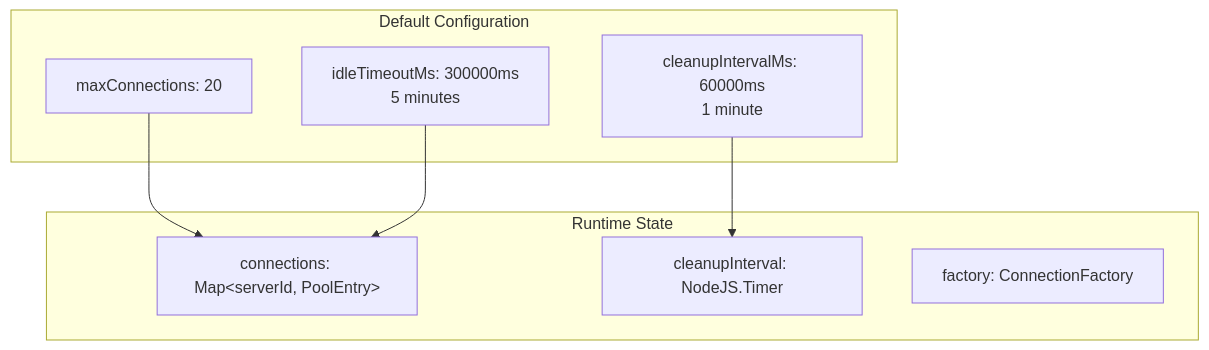
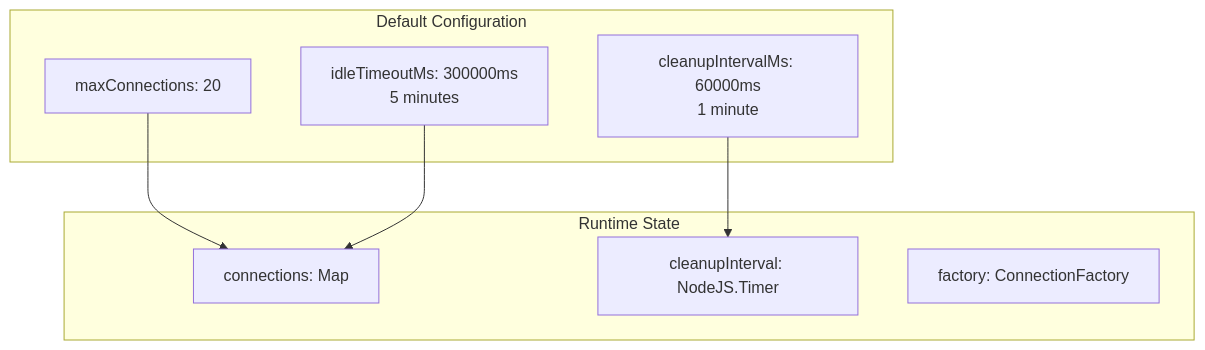
One commit to blueman82/mcp-exec changed the second of 12 diagrams in projects/meta-mcp-server/docs/diagrams/05-server-pool-architecture.md. Above: the diagram before and after it, drawn with Mermaid. The commit also changed other lines of this file and 4 other files, not shown here.

First line of the commit message:
fix: Comprehensive Mermaid syntax fixes across all diagrams

````diff
--- a/projects/meta-mcp-server/docs/diagrams/05-server-pool-architecture.md
+++ b/projects/meta-mcp-server/docs/diagrams/05-server-pool-architecture.md
@@ -82,18 +82,18 @@
 ```mermaid
 graph TB
     subgraph "Default Configuration"
         MAX[maxConnections: 20]
         IDLE[idleTimeoutMs: 300000ms<br/>5 minutes]
         CLEANUP[cleanupIntervalMs: 60000ms<br/>1 minute]
     end
 
     subgraph "Runtime State"
-        MAP[connections: Map&lt;serverId, PoolEntry&gt;]
+        MAP[connections: Map<serverId, PoolEntry>]
         TIMER[cleanupInterval: NodeJS.Timer]
         FACTORY[factory: ConnectionFactory]
     end
 
     MAX --> MAP
     IDLE --> MAP
     CLEANUP --> TIMER
 ```
````
